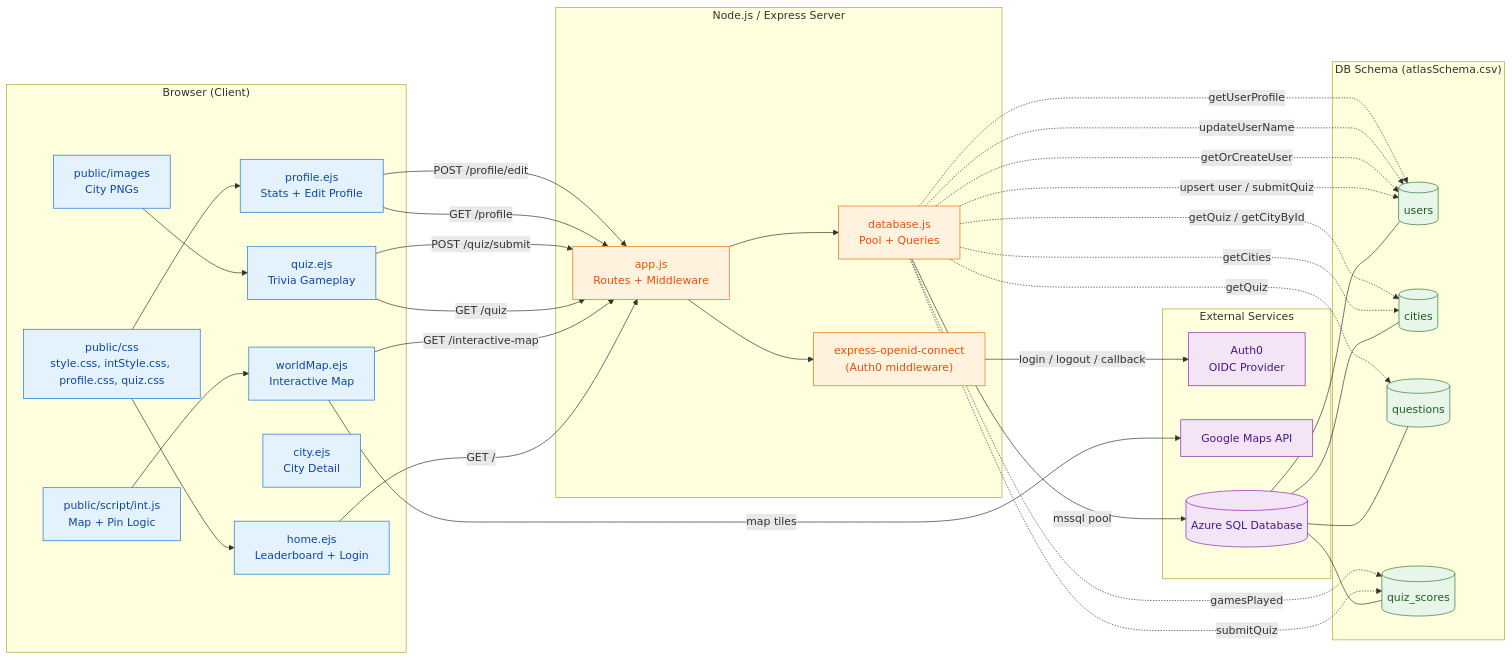
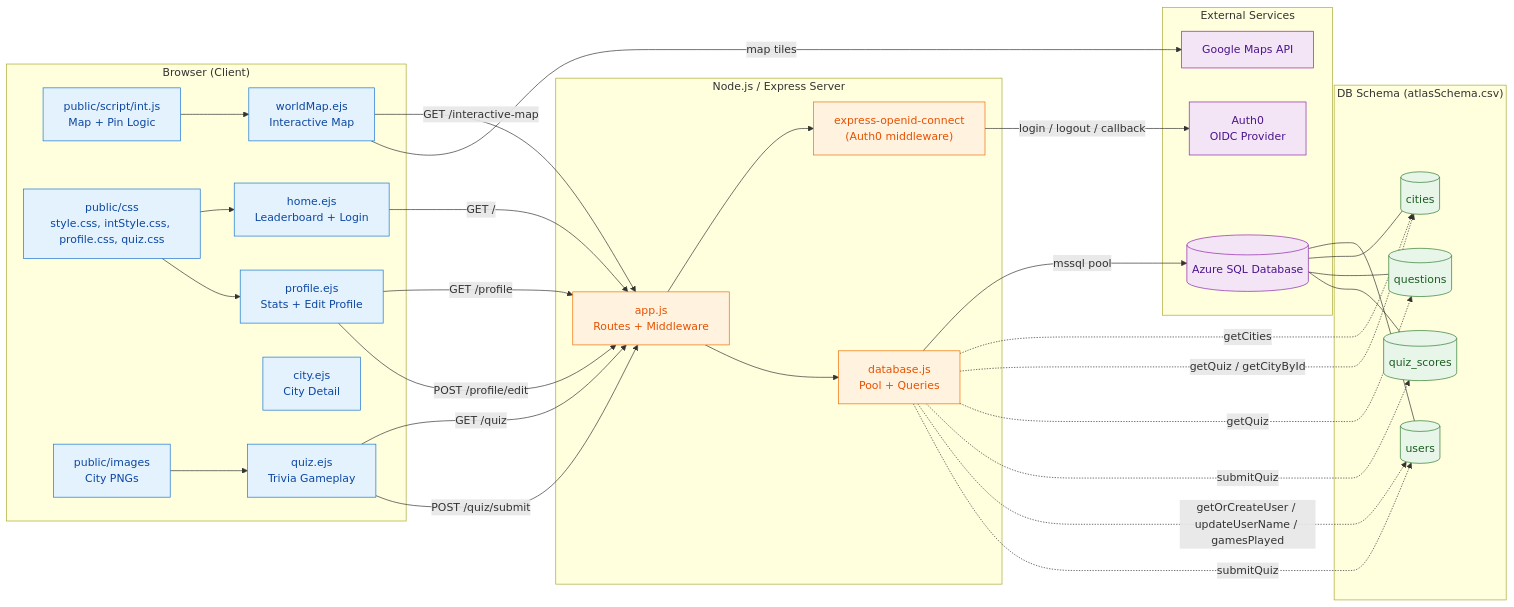
One commit to claireking10/Atlas-Arena changed the diagram in ComponentDiagram.md. Above: the diagram before and after it, drawn with Mermaid. The commit also changed 1 other file, not shown here.

Commit message:
slight fixes... not too confident lol
also realized in my process of figuring out whatever was going on with the username problems i added a function that didn't work in app.js and forgot to delete it so it was never called 😢 can you tell i stayed up until 4am... anyways it is deleted now!!!!!

````diff
--- a/ComponentDiagram.md
+++ b/ComponentDiagram.md
@@ -3,74 +3,71 @@
 ```mermaid
 graph LR
   subgraph Client["Browser (Client)"]
     Home["home.ejs<br/>Leaderboard + Login"]
     WorldMap["worldMap.ejs<br/>Interactive Map"]
     Quiz["quiz.ejs<br/>Trivia Gameplay"]
     City["city.ejs<br/>City Detail"]
     Profile["profile.ejs<br/>Stats + Edit Profile"]
     IntJS["public/script/int.js<br/>Map + Pin Logic"]
     CSS["public/css<br/>style.css, intStyle.css, profile.css, quiz.css"]
     IMG["public/images<br/>City PNGs"]
   end
 
   subgraph Server["Node.js / Express Server"]
     App["app.js<br/>Routes + Middleware"]
     Auth["express-openid-connect<br/>(Auth0 middleware)"]
     DB["database.js<br/>Pool + Queries"]
   end
 
   subgraph External["External Services"]
     Auth0["Auth0<br/>OIDC Provider"]
     GMaps["Google Maps API"]
     Azure[("Azure SQL Database")]
   end
 
   subgraph Schema["DB Schema (atlasSchema.csv)"]
     TUsers[("users")]
     TCities[("cities")]
     TQuestions[("questions")]
     TScores[("quiz_scores")]
   end
 
   Home -->|"GET /"| App
   WorldMap -->|"GET /interactive-map"| App
   Quiz -->|"GET /quiz"| App
   Quiz -->|"POST /quiz/submit"| App
   Profile -->|"GET /profile"| App
   Profile -->|"POST /profile/edit"| App
   IntJS --> WorldMap
   CSS --> Home
   CSS --> Profile
   IMG --> Quiz
 
   App --> Auth
   Auth -->|"login / logout / callback"| Auth0
   App --> DB
   WorldMap -->|"map tiles"| GMaps
 
   DB -->|"mssql pool"| Azure
   Azure --- TUsers
   Azure --- TCities
   Azure --- TQuestions
   Azure --- TScores
 
   DB -.->|"getCities"| TCities
   DB -.->|"getQuiz / getCityById"| TCities
   DB -.->|"getQuiz"| TQuestions
   DB -.->|"submitQuiz"| TScores
-  DB -.->|"upsert user / submitQuiz"| TUsers
-  DB -.->|"getOrCreateUser"| TUsers
-  DB -.->|"gamesPlayed"| TScores
-  DB -.->|"updateUserName"| TUsers
-  DB -.->|"getUserProfile"| TUsers
+  DB -.->|"getOrCreateUser / updateUserName / gamesPlayed"| TUsers
+  DB -.->|"submitQuiz"| TUsers
 
   classDef client fill:#E3F2FD,stroke:#1976D2,color:#0D47A1
   classDef server fill:#FFF3E0,stroke:#EF6C00,color:#E65100
   classDef ext fill:#F3E5F5,stroke:#8E24AA,color:#4A148C
   classDef db fill:#E8F5E9,stroke:#2E7D32,color:#1B5E20
 
   class Home,WorldMap,Quiz,City,Profile,IntJS,CSS,IMG client
   class App,Auth,DB server
   class Auth0,GMaps,Azure ext
   class TUsers,TCities,TQuestions,TScores db
 ```
````
